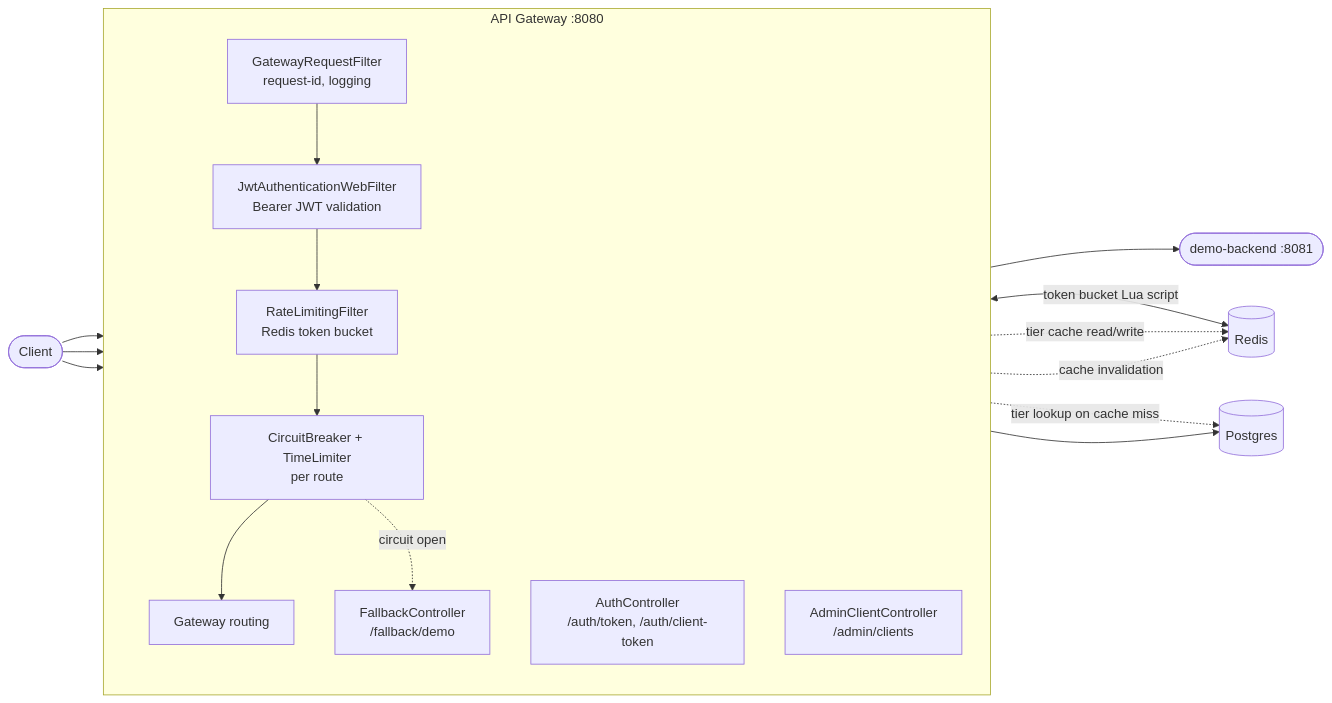
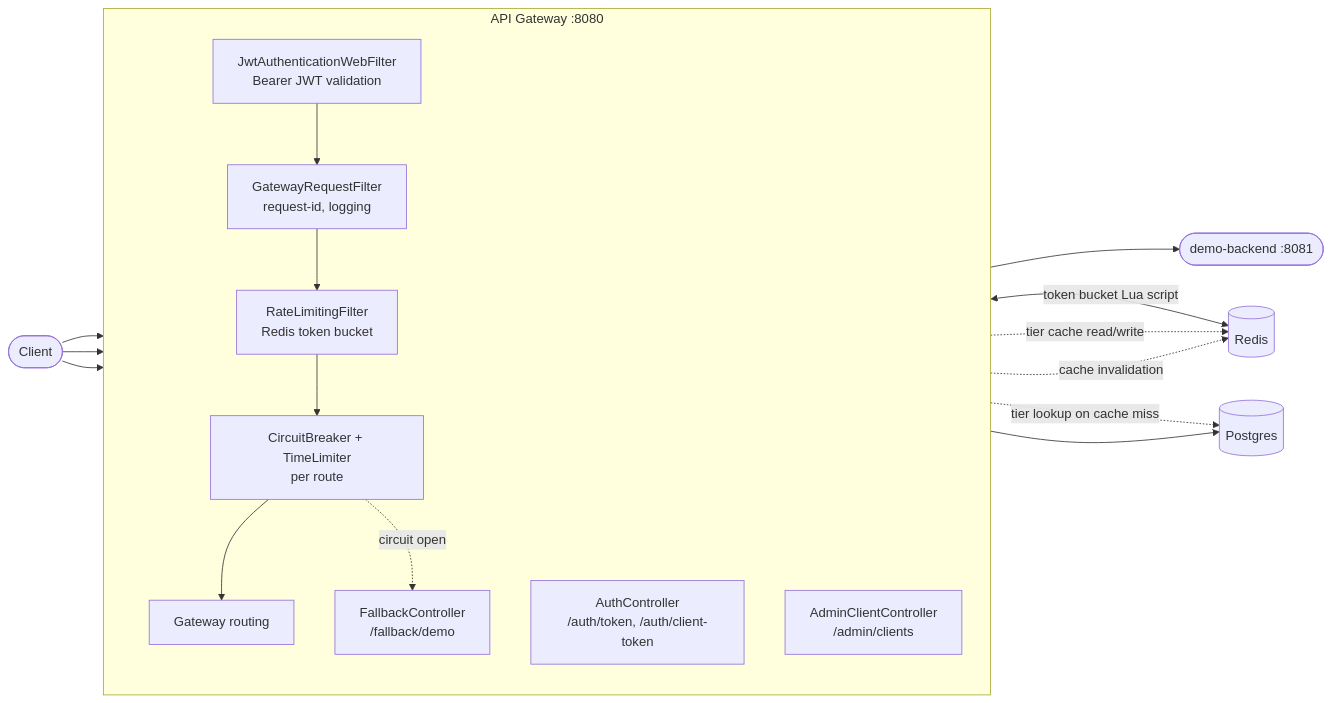
Before and after one commit to lakshmimahadevan22/rate-limiter: the diagram in README.md, drawn with Mermaid. The commit also changed other lines of this file and 1 other file, not shown here.

````diff
--- a/README.md
+++ b/README.md
@@ -9,33 +9,33 @@
 ```mermaid
 flowchart LR
     Client([Client])
 
     subgraph Gateway["API Gateway :8080"]
         direction TB
+        AuthFilter["JwtAuthenticationWebFilter<br/>Bearer JWT validation"]
         ReqFilter["GatewayRequestFilter<br/>request-id, logging"]
-        AuthFilter["JwtAuthenticationWebFilter<br/>Bearer JWT validation"]
         RateLimit["RateLimitingFilter<br/>Redis token bucket"]
         CB["CircuitBreaker + TimeLimiter<br/>per route"]
         Routing["Gateway routing"]
         AuthCtrl["AuthController<br/>/auth/token, /auth/client-token"]
         AdminCtrl["AdminClientController<br/>/admin/clients"]
         Fallback["FallbackController<br/>/fallback/demo"]
 
-        ReqFilter --> AuthFilter --> RateLimit --> CB --> Routing
+        AuthFilter --> ReqFilter --> RateLimit --> CB --> Routing
     end
 
     Backend([demo-backend :8081])
     Redis[(Redis)]
     Postgres[(Postgres)]
 
-    Client --> ReqFilter
+    Client --> AuthFilter
     Client --> AuthCtrl
     Client --> AdminCtrl
     Routing --> Backend
     CB -.->|circuit open| Fallback
     RateLimit <-->|token bucket Lua script| Redis
     RateLimit -.->|tier cache read/write| Redis
     RateLimit -.->|tier lookup on cache miss| Postgres
     AdminCtrl --> Postgres
     AdminCtrl -.->|cache invalidation| Redis
 ```
````
